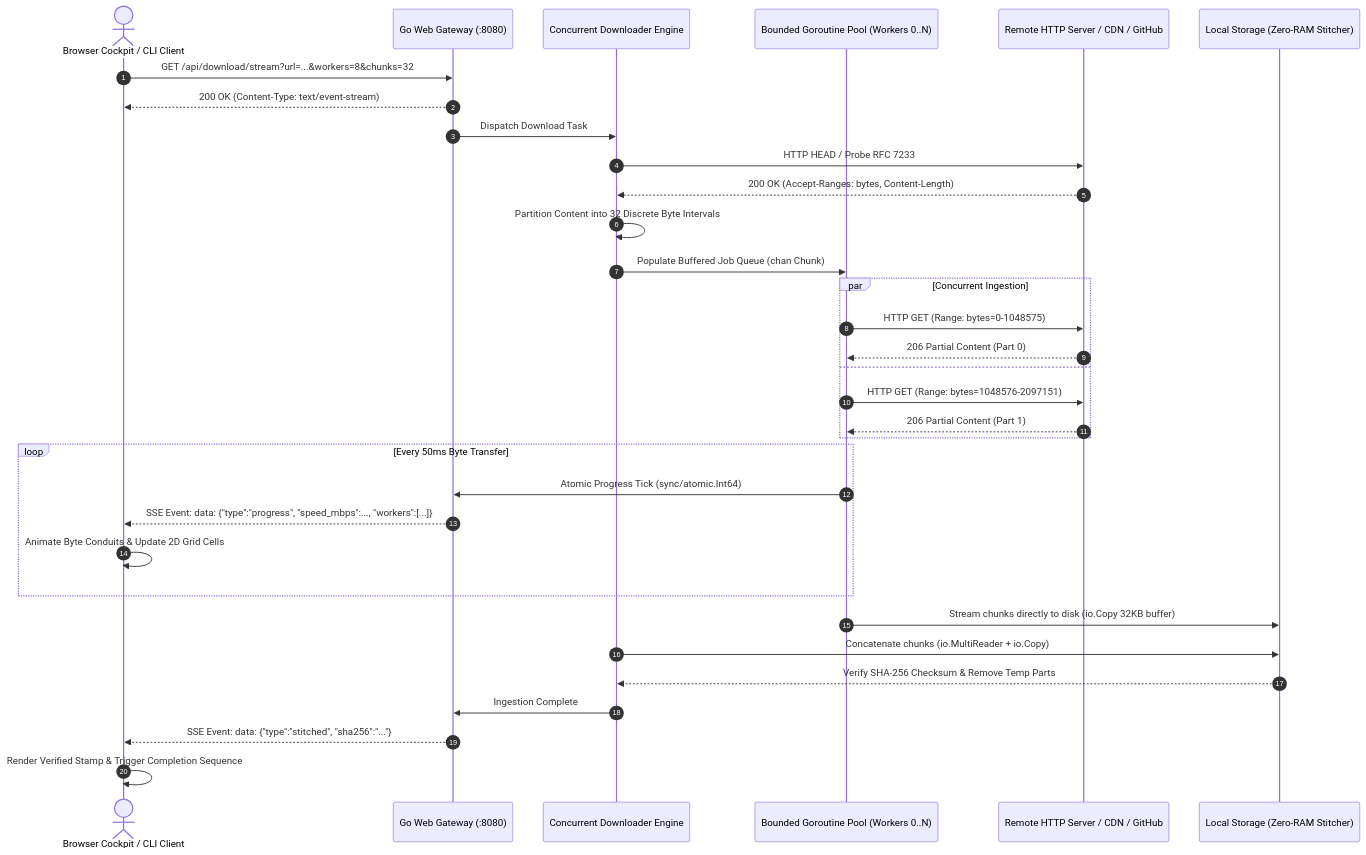
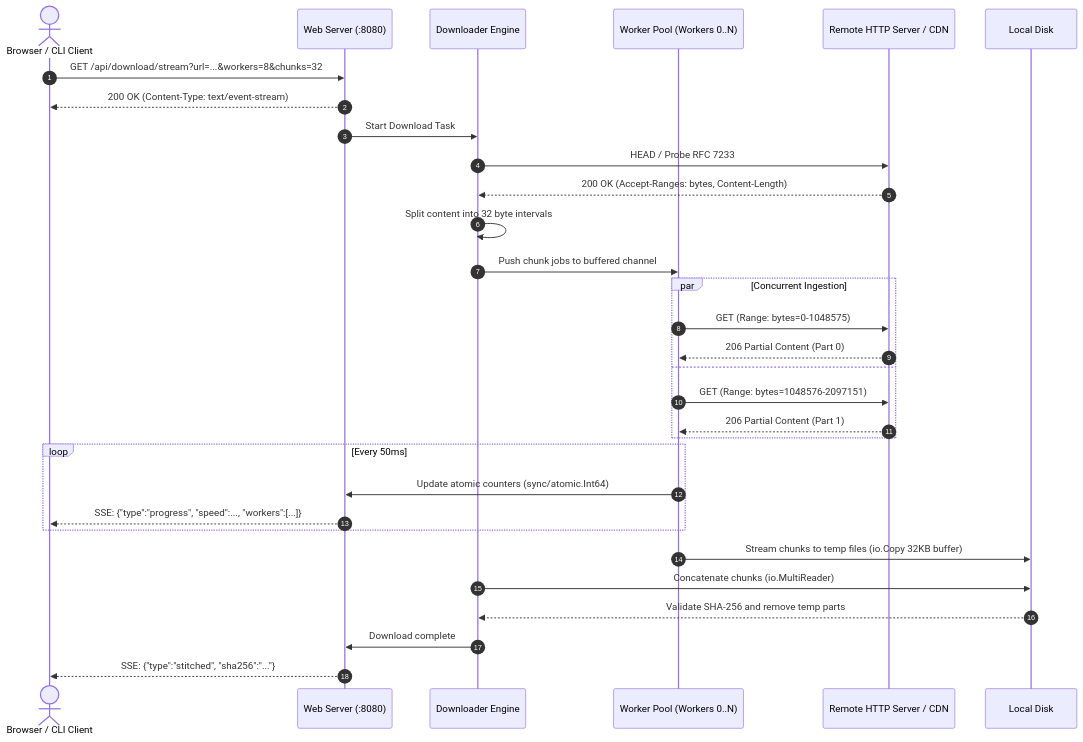
One commit to Anshu666666/beam changed the diagram in README.md. Above: the diagram before and after it, drawn with Mermaid. The commit also changed other lines of this file and 7 other files, not shown here.

Commit message:
feat: add sitemap, og tags, interactive tour guide, and update architecture diagram

````diff
--- a/README.md
+++ b/README.md
@@ -104,42 +109,40 @@
 ```mermaid
 sequenceDiagram
     autonumber
-    actor Client as Browser Cockpit / CLI Client
-    participant Web as Go Web Gateway (:8080)
-    participant Engine as Concurrent Downloader Engine
-    participant Workers as Bounded Goroutine Pool (Workers 0..N)
-    participant Remote as Remote HTTP Server / CDN / GitHub
-    participant Disk as Local Storage (Zero-RAM Stitcher)
+    actor Client as Browser / CLI Client
+    participant Web as Web Server (:8080)
+    participant Engine as Downloader Engine
+    participant Workers as Worker Pool (Workers 0..N)
+    participant Remote as Remote HTTP Server / CDN
+    participant Disk as Local Disk
 
     Client->>Web: GET /api/download/stream?url=...&workers=8&chunks=32
     Web-->>Client: 200 OK (Content-Type: text/event-stream)
-    Web->>Engine: Dispatch Download Task
+    Web->>Engine: Start Download Task
     
-    Engine->>Remote: HTTP HEAD / Probe RFC 7233
+    Engine->>Remote: HEAD / Probe RFC 7233
     Remote-->>Engine: 200 OK (Accept-Ranges: bytes, Content-Length)
     
-    Engine->>Engine: Partition Content into 32 Discrete Byte Intervals
-    Engine->>Workers: Populate Buffered Job Queue (chan Chunk)
+    Engine->>Engine: Split content into 32 byte intervals
+    Engine->>Workers: Push chunk jobs to buffered channel
     
     par Concurrent Ingestion
-        Workers->>Remote: HTTP GET (Range: bytes=0-1048575)
+        Workers->>Remote: GET (Range: bytes=0-1048575)
         Remote-->>Workers: 206 Partial Content (Part 0)
     and
-        Workers->>Remote: HTTP GET (Range: bytes=1048576-2097151)
+        Workers->>Remote: GET (Range: bytes=1048576-2097151)
         Remote-->>Workers: 206 Partial Content (Part 1)
     end
     
-    loop Every 50ms Byte Transfer
-        Workers->>Web: Atomic Progress Tick (sync/atomic.Int64)
-        Web-->>Client: SSE Event: data: {"type":"progress", "speed_mbps":..., "workers":[...]}
-        Client->>Client: Animate Byte Conduits & Update 2D Grid Cells
+    loop Every 50ms
+        Workers->>Web: Update atomic counters (sync/atomic.Int64)
+        Web-->>Client: SSE: {"type":"progress", "speed":..., "workers":[...]}
     end
     
-    Workers->>Disk: Stream chunks directly to disk (io.Copy 32KB buffer)
-    Engine->>Disk: Concatenate chunks (io.MultiReader + io.Copy)
-    Disk-->>Engine: Verify SHA-256 Checksum & Remove Temp Parts
+    Workers->>Disk: Stream chunks to temp files (io.Copy 32KB buffer)
+    Engine->>Disk: Concatenate chunks (io.MultiReader)
+    Disk-->>Engine: Validate SHA-256 and remove temp parts
     
-    Engine->>Web: Ingestion Complete
-    Web-->>Client: SSE Event: data: {"type":"stitched", "sha256":"..."}
-    Client->>Client: Render Verified Stamp & Trigger Completion Sequence
+    Engine->>Web: Download complete
+    Web-->>Client: SSE: {"type":"stitched", "sha256":"..."}
 ```
````
